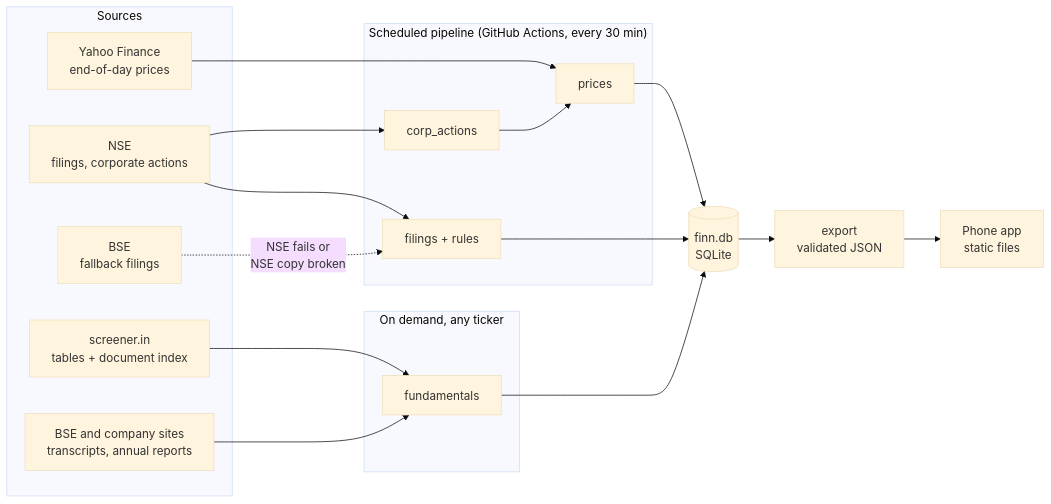
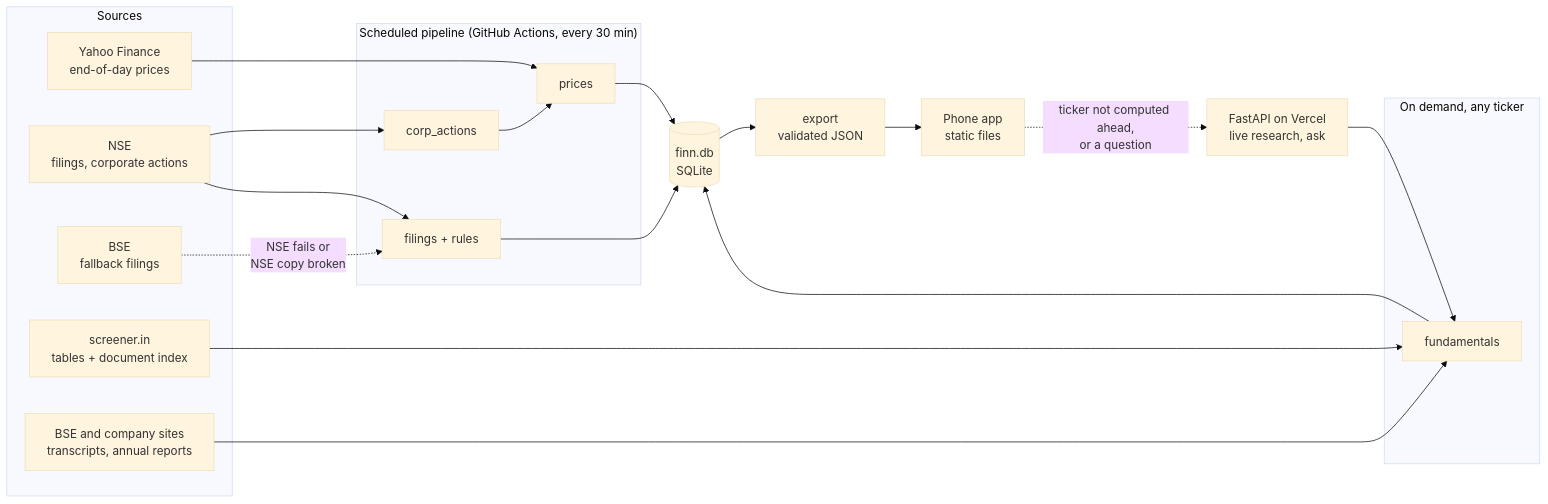
The first of 5 diagrams in docs/ARCHITECTURE.md (vatsal3512/finn), drawn with Mermaid (base theme) before and after one commit. The commit also changed other lines of this file and 26 other files, not shown here.

````diff
--- a/docs/ARCHITECTURE.md
+++ b/docs/ARCHITECTURE.md
@@ -9,35 +9,38 @@
 ```mermaid
 flowchart LR
   subgraph Sources
     Y[Yahoo Finance<br/>end-of-day prices]
     N[NSE<br/>filings, corporate actions]
     B[BSE<br/>fallback filings]
     S[screener.in<br/>tables + document index]
     P[BSE and company sites<br/>transcripts, annual reports]
   end
 
   subgraph Pipeline["Scheduled pipeline (GitHub Actions, every 30 min)"]
     CA[corp_actions]
     PR[prices]
     FI[filings + rules]
   end
 
   subgraph OnDemand["On demand, any ticker"]
     FU[fundamentals]
   end
 
   DB[(finn.db<br/>SQLite)]
   EX[export<br/>validated JSON]
   APP[Phone app<br/>static files]
+  API[FastAPI on Vercel<br/>live research, ask]
 
   N --> CA --> PR
   Y --> PR
   N --> FI
   B -. NSE fails or<br/>NSE copy broken .-> FI
   S --> FU
   P --> FU
   PR --> DB
   FI --> DB
   FU --> DB
   DB --> EX --> APP
+  APP -. ticker not computed ahead,<br/>or a question .-> API
+  API --> FU
 ```
````
